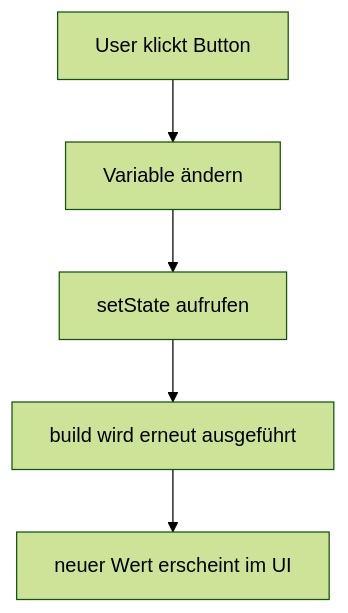
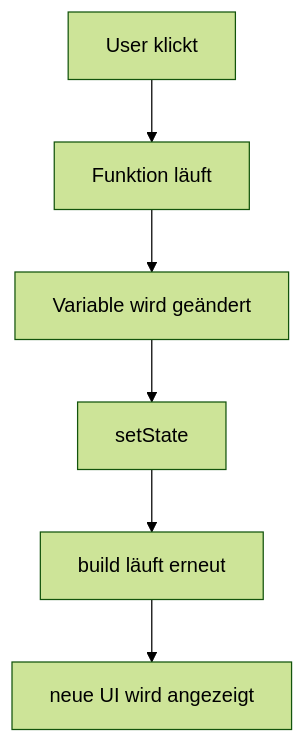
The diagram in 06-stateful-widget-setstate/VISUAL.md (Real-Dau/Flutter-lernen), drawn with Mermaid (forest theme) before and after one commit. The commit also changed other lines of this file and 12 other files, not shown here.

````diff
--- a/06-stateful-widget-setstate/VISUAL.md
+++ b/06-stateful-widget-setstate/VISUAL.md
@@ -7,7 +27,8 @@
 ```mermaid
 flowchart TD
-    A[User klickt Button] --> B[Variable ändern]
-    B --> C[setState aufrufen]
-    C --> D[build wird erneut ausgeführt]
-    D --> E[neuer Wert erscheint im UI]
+    A[User klickt] --> B[Funktion läuft]
+    B --> C[Variable wird geändert]
+    C --> D[setState]
+    D --> E[build läuft erneut]
+    E --> F[neue UI wird angezeigt]
 ```
````
